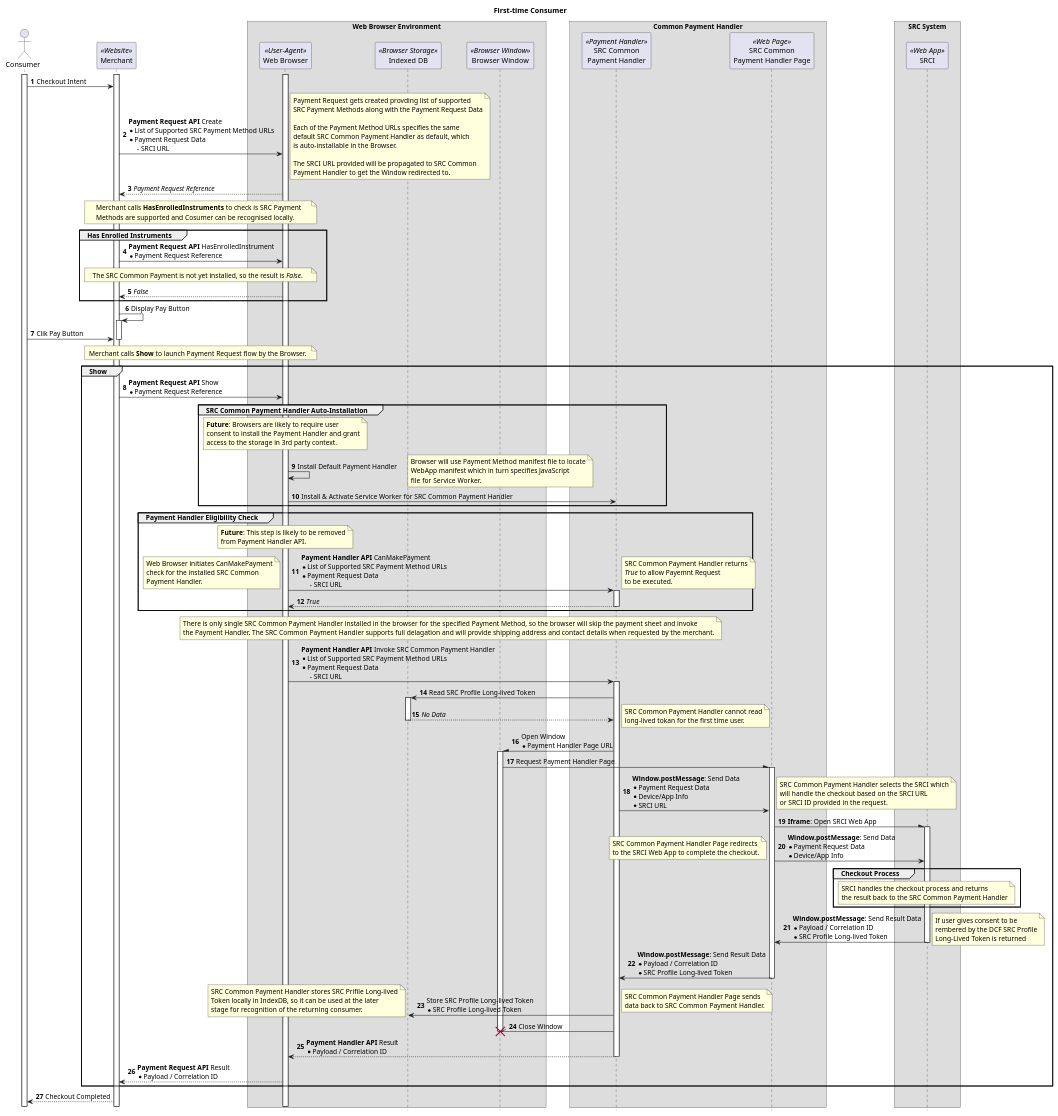
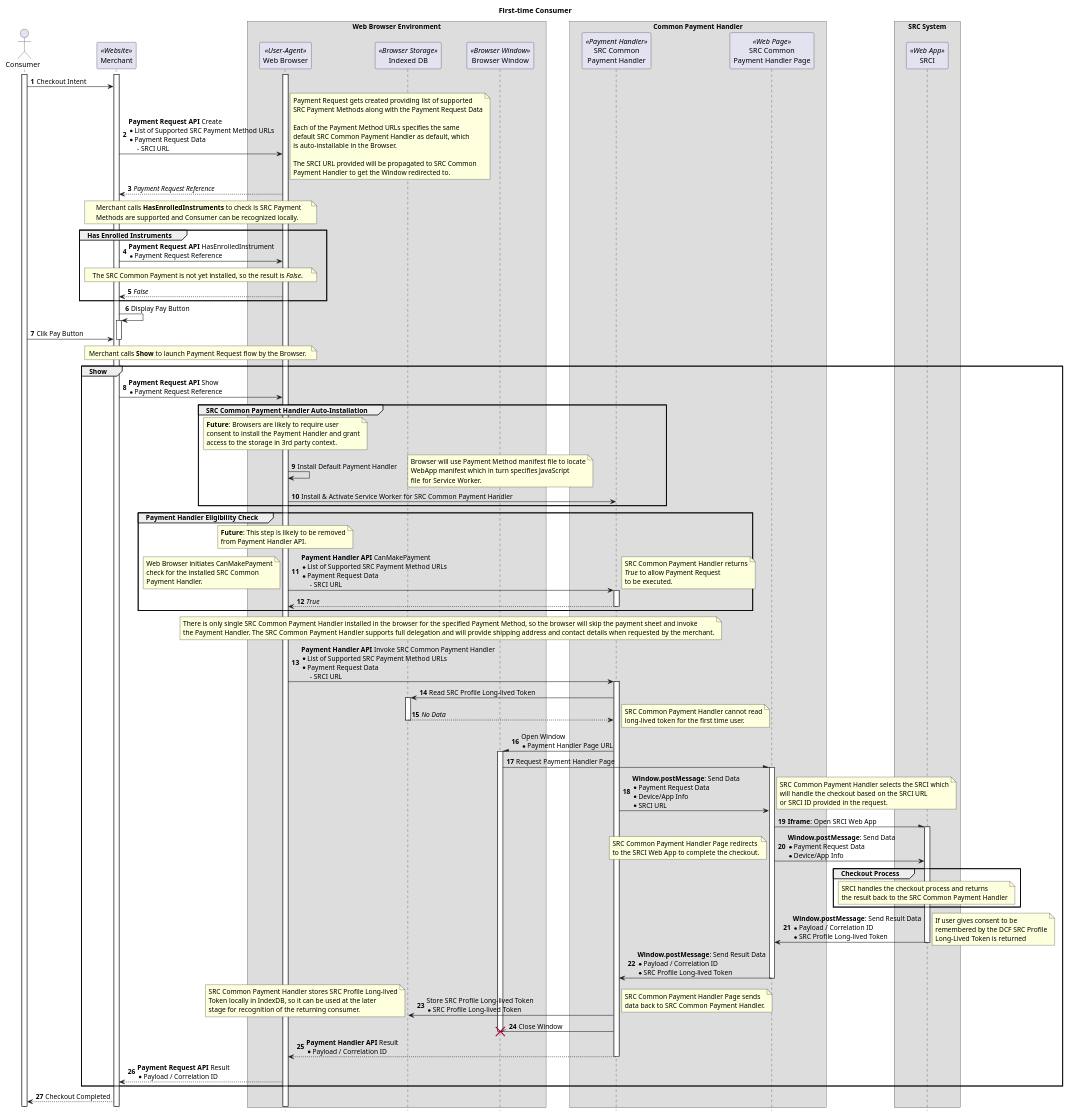
One commit to w3c/src changed the diagram in alt-1st-time.puml. Above: the diagram before and after it, drawn with PlantUML. The commit also changed 5 other files, not shown here.

```diff
--- a/alt-1st-time.puml
+++ b/alt-1st-time.puml
@@ -1,172 +1,172 @@
 @startuml
 
 autonumber
 hide footbox
 skinparam ParticipantPadding 20
 skinparam BoxPadding 10
 
 title First-time Consumer
 
 actor Consumer as Consumer
 participant Merchant as Merchant <<Website>>
 
 box "Web Browser Environment"
   participant "Web Browser" as Browser <<User-Agent>>
   participant "Indexed DB" as DB <<Browser Storage>>
   participant "Browser Window" as Window <<Browser Window>>
 end box
 
 box "Common Payment Handler"
   participant "SRC Common\nPayment Handler" as PH <<Payment Handler>>
   participant "SRC Common\nPayment Handler Page" as Page <<Web Page>>
 end box
 
 box "SRC System"
   participant "SRCI" as SRCI <<Web App>>
 end box
 
 activate Consumer
 activate Merchant
 activate Browser
 
 Consumer->Merchant: Checkout Intent
 Merchant->Browser: **Payment Request API** Create\n* List of Supported SRC Payment Method URLs\n* Payment Request Data\n     - SRCI URL
 note right
-  Payment Request gets created provding list of supported
+  Payment Request gets created providing list of supported
   SRC Payment Methods along with the Payment Request Data
 
   Each of the Payment Method URLs specifies the same
   default SRC Common Payment Handler as default, which
   is auto-installable in the Browser.
 
   The SRCI URL provided will be propagated to SRC Common
   Payment Handler to get the Window redirected to.
 end note
 return //Payment Request Reference//
 
 note over Merchant, Browser
   Merchant calls **HasEnrolledInstruments** to check is SRC Payment
-  Methods are supported and Cosumer can be recognised locally.
+  Methods are supported and Consumer can be recognized locally.
 end note
 group Has Enrolled Instruments
 Merchant->Browser: **Payment Request API** HasEnrolledInstrument\n* Payment Request Reference
 note over Merchant, Browser
   The SRC Common Payment is not yet installed, so the result is //False//. 
 end note
 Browser-->Merchant: //False//
 end group
 Merchant->Merchant: Display Pay Button
 activate Merchant
 Consumer->Merchant: Clik Pay Button
 deactivate Merchant
 note over Merchant, Browser
   Merchant calls **Show** to launch Payment Request flow by the Browser. 
 end note
 group Show
 Merchant->Browser: **Payment Request API** Show\n* Payment Request Reference
 group SRC Common Payment Handler Auto-Installation 
 note over Browser
   **Future**: Browsers are likely to require user
   consent to install the Payment Handler and grant
   access to the storage in 3rd party context.
 end note
 Browser->Browser: Install Default Payment Handler
 note right
   Browser will use Payment Method manifest file to locate
   WebApp manifest which in turn specifies JavaScript
   file for Service Worker.
 end note
 Browser->PH: Install & Activate Service Worker for SRC Common Payment Handler
 end group
 
 group Payment Handler Eligibility Check
 note over Browser
   **Future**: This step is likely to be removed
   from Payment Handler API.
 end note
 Browser->PH: **Payment Handler API** CanMakePayment\n* List of Supported SRC Payment Method URLs\n* Payment Request Data\n     - SRCI URL
 activate PH
 note left
   Web Browser initiates CanMakePayment
   check for the installed SRC Common
   Payment Handler.
 end note
 note right
   SRC Common Payment Handler returns
-  //True// to allow Payemnt Request
+  //True// to allow Payment Request
   to be executed.
 end note
 return //True//
 end group
 note over Browser, PH
   There is only single SRC Common Payment Handler installed in the browser for the specified Payment Method, so the browser will skip the payment sheet and invoke
-  the Payment Handler. The SRC Common Payment Handler supports full delagation and will provide shipping address and contact details when requested by the merchant.
+  the Payment Handler. The SRC Common Payment Handler supports full delegation and will provide shipping address and contact details when requested by the merchant.
 end note
 
 Browser->PH: **Payment Handler API** Invoke SRC Common Payment Handler\n* List of Supported SRC Payment Method URLs\n* Payment Request Data\n     - SRCI URL
 activate PH
 
 PH->DB: Read SRC Profile Long-lived Token
 activate DB
 return //No Data//
 note right
     SRC Common Payment Handler cannot read
-    long-lived tokan for the first time user.
+    long-lived token for the first time user.
 end note
 
 PH-\Window: Open Window\n* Payment Handler Page URL
 activate Window
 
 Window-\Page: Request Payment Handler Page
 activate Page
 PH->Page: **Window.postMessage**: Send Data\n* Payment Request Data\n* Device/App Info\n* SRCI URL
 note right
     SRC Common Payment Handler selects the SRCI which
     will handle the checkout based on the SRCI URL
     or SRCI ID provided in the request.
 end note
 Page-\SRCI: **Iframe**: Open SRCI Web App
 activate SRCI
 Page->SRCI: **Window.postMessage**: Send Data\n* Payment Request Data\n* Device/App Info
 note left
     SRC Common Payment Handler Page redirects
     to the SRCI Web App to complete the checkout.
 end note
 
 group Checkout Process
 note over SRCI
     SRCI handles the checkout process and returns
     the result back to the SRC Common Payment Handler
 end note
 end group
 
 SRCI->Page: **Window.postMessage**: Send Result Data\n* Payload / Correlation ID\n* SRC Profile Long-lived Token
 deactivate SRCI
 note right
   If user gives consent to be
-  rembered by the DCF SRC Profile
+  remembered by the DCF SRC Profile
   Long-Lived Token is returned
 end note
 Page->PH: **Window.postMessage**: Send Result Data\n* Payload / Correlation ID\n* SRC Profile Long-lived Token
 deactivate Page
 PH->DB: Store SRC Profile Long-lived Token\n* SRC Profile Long-lived Token
 note left
-    SRC Common Payment Handler stores SRC Prifile Long-lived
+    SRC Common Payment Handler stores SRC Profile Long-lived
     Token locally in IndexDB, so it can be used at the later
     stage for recognition of the returning consumer.
 end note
 deactivate Page
 note right
     SRC Common Payment Handler Page sends
     data back to SRC Common Payment Handler.
 end note
 PH-\\Window!!: Close Window
 
 PH-->Browser: **Payment Handler API** Result\n* Payload / Correlation ID
 deactivate PH
 Browser-->Merchant: **Payment Request API** Result\n* Payload / Correlation ID
 end group
 
 Merchant-->Consumer: Checkout Completed
 
 @enduml
```
